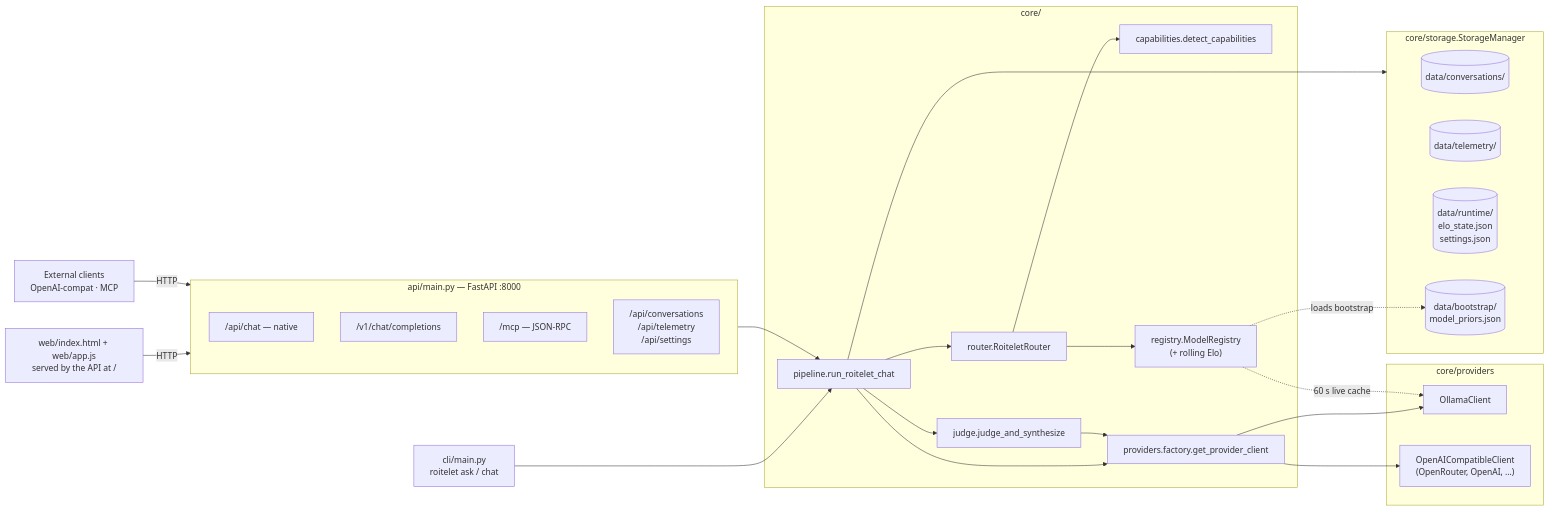
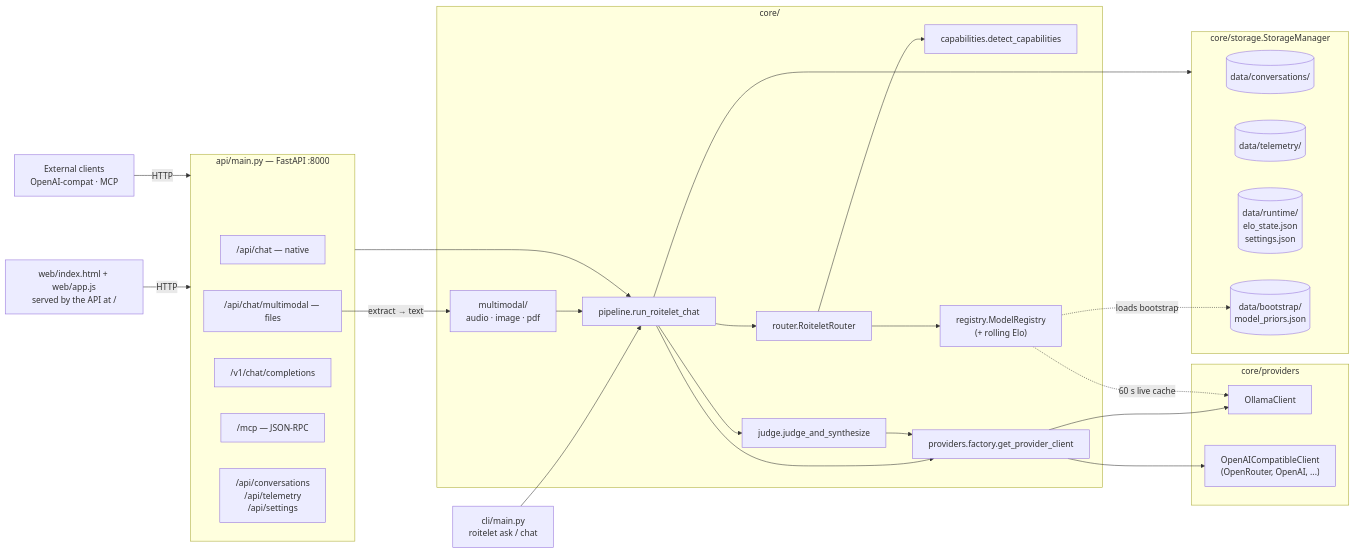
Before and after one commit to warith-harchaoui/roitelet-llm: the first of 6 diagrams in MECHANISM.md, drawn with Mermaid. The commit also changed other lines of this file and 11 other files, not shown here.

First line of the commit message:
chore: tighten API gate, log silent cache failures, refresh docs for multimodal

````diff
--- a/MECHANISM.md
+++ b/MECHANISM.md
@@ -15,51 +15,55 @@
 ```mermaid
 flowchart LR
     CLI["cli/main.py<br/>roitelet ask / chat"]
     WEB["web/index.html + web/app.js<br/>served by the API at /"]
     EXT["External clients<br/>OpenAI-compat · MCP"]
 
     subgraph API["api/main.py — FastAPI :8000"]
         EP1["/api/chat — native"]
-        EP2["/v1/chat/completions"]
-        EP3["/mcp — JSON-RPC"]
-        EP4["/api/conversations<br/>/api/telemetry<br/>/api/settings"]
+        EP2["/api/chat/multimodal — files"]
+        EP3["/v1/chat/completions"]
+        EP4["/mcp — JSON-RPC"]
+        EP5["/api/conversations<br/>/api/telemetry<br/>/api/settings"]
     end
 
     subgraph Core["core/"]
         PIPE["pipeline.run_roitelet_chat"]
         ROUTER["router.RoiteletRouter"]
         CAP["capabilities.detect_capabilities"]
         REG["registry.ModelRegistry<br/>(+ rolling Elo)"]
         JUDGE["judge.judge_and_synthesize"]
         FACT["providers.factory.get_provider_client"]
+        MM["multimodal/<br/>audio · image · pdf"]
     end
 
     subgraph Providers["core/providers"]
         OLL["OllamaClient"]
         OAI["OpenAICompatibleClient<br/>(OpenRouter, OpenAI, ...)"]
     end
 
     subgraph Storage["core/storage.StorageManager"]
         DB1[("data/conversations/")]
         DB2[("data/telemetry/")]
         DB3[("data/runtime/<br/>elo_state.json<br/>settings.json")]
         DB4[("data/bootstrap/<br/>model_priors.json")]
     end
 
     CLI --> PIPE
     WEB -- "HTTP" --> API
     EXT -- "HTTP" --> API
     API --> PIPE
+    EP2 -- "extract → text" --> MM
+    MM --> PIPE
 
     PIPE --> ROUTER
     ROUTER --> CAP
     ROUTER --> REG
     PIPE --> FACT
     FACT --> OLL
     FACT --> OAI
     PIPE --> JUDGE
     JUDGE --> FACT
     PIPE --> Storage
     REG -. "loads bootstrap" .-> DB4
     REG -. "60 s live cache" .-> OLL
 ```
````
